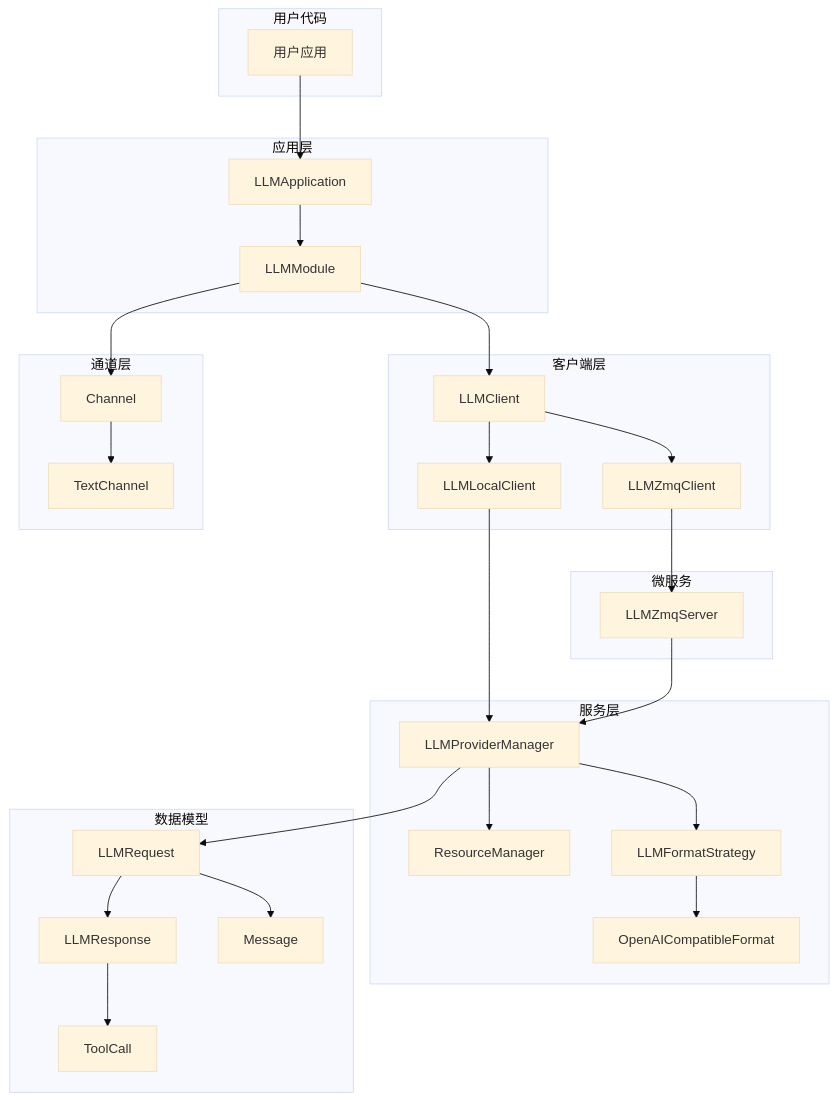
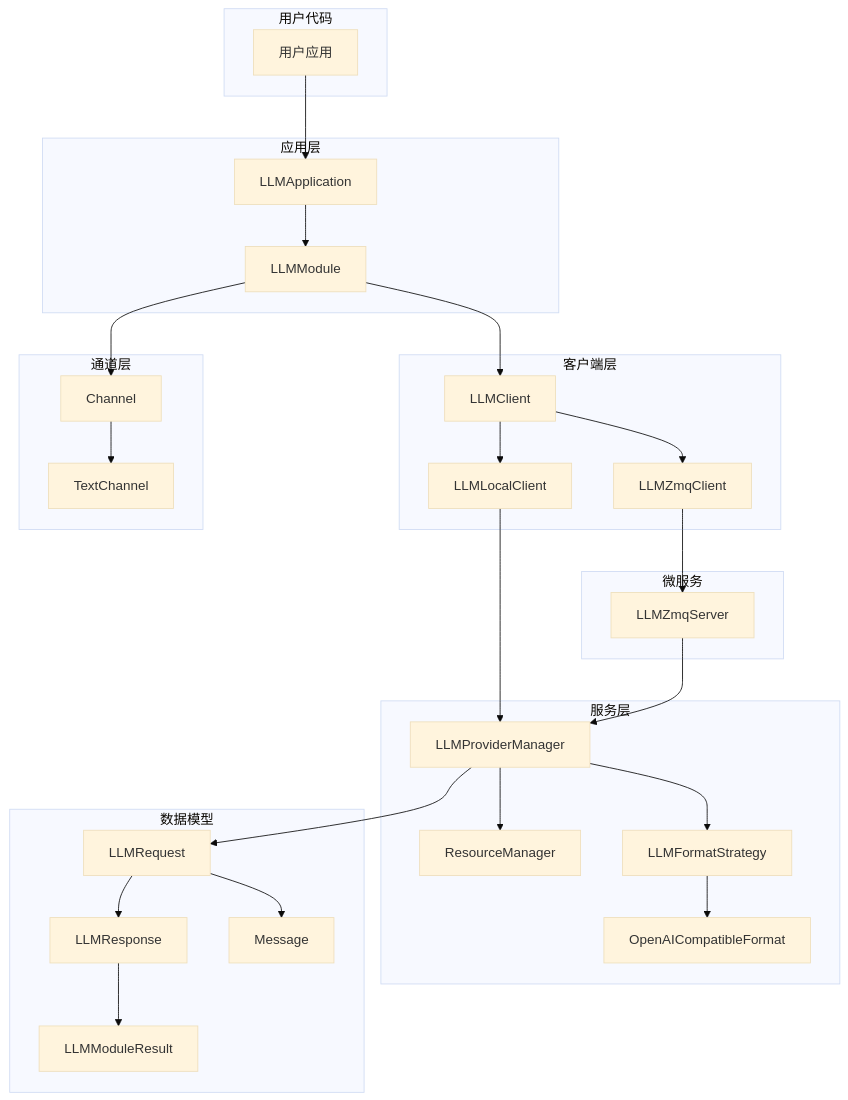
One commit to gumblex/aitoolman changed the first of 3 diagrams in README.md. Above: the diagram before and after it, drawn with Mermaid (base theme). The commit also changed other lines of this file and 10 other files, not shown here.

````diff
--- a/README.md
+++ b/README.md
@@ -30,62 +30,62 @@
 ```mermaid
 graph TB
     subgraph "用户代码"
         User[用户应用]
     end
     
     subgraph "应用层"
         App[LLMApplication]
         Module[LLMModule]
     end
     
     subgraph "客户端层"
         Client[LLMClient]
         LocalClient[LLMLocalClient]
         ZmqClient[LLMZmqClient]
     end
     
     subgraph "微服务"
         ZmqServer[LLMZmqServer]
     end
     
     subgraph "服务层"
         ProviderManager[LLMProviderManager]
         ResourceMgr[ResourceManager]
         FormatStrategy[LLMFormatStrategy]
         OpenAIFormat[OpenAICompatibleFormat]
     end
     
     subgraph "通道层"
         Channel[Channel]
         TextChannel[TextChannel]
     end
     
     subgraph "数据模型"
         Request[LLMRequest]
         Response[LLMResponse]
         Message[Message]
-        ToolCall[ToolCall]
+        LLMModuleResult[LLMModuleResult]
     end
     
     User --> App
     App --> Module
     Module --> Client
     Module --> Channel
     
     Client --> LocalClient
     Client --> ZmqClient
     LocalClient --> ProviderManager
     ZmqClient --> ZmqServer
     ZmqServer --> ProviderManager
     
     ProviderManager --> ResourceMgr
     ProviderManager --> FormatStrategy
     FormatStrategy --> OpenAIFormat
     
     ProviderManager --> Request
     Request --> Response
     Request --> Message
-    Response --> ToolCall
+    Response --> LLMModuleResult
     
     Channel --> TextChannel
 ```
````
